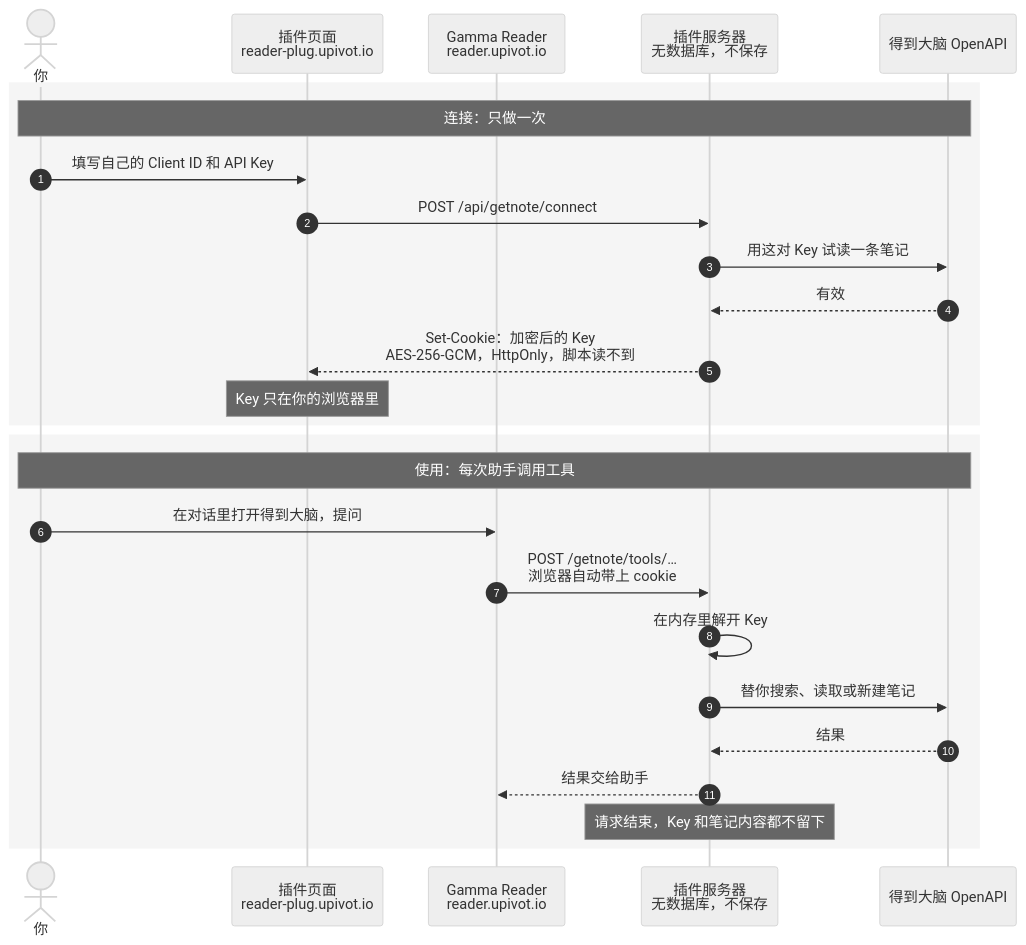
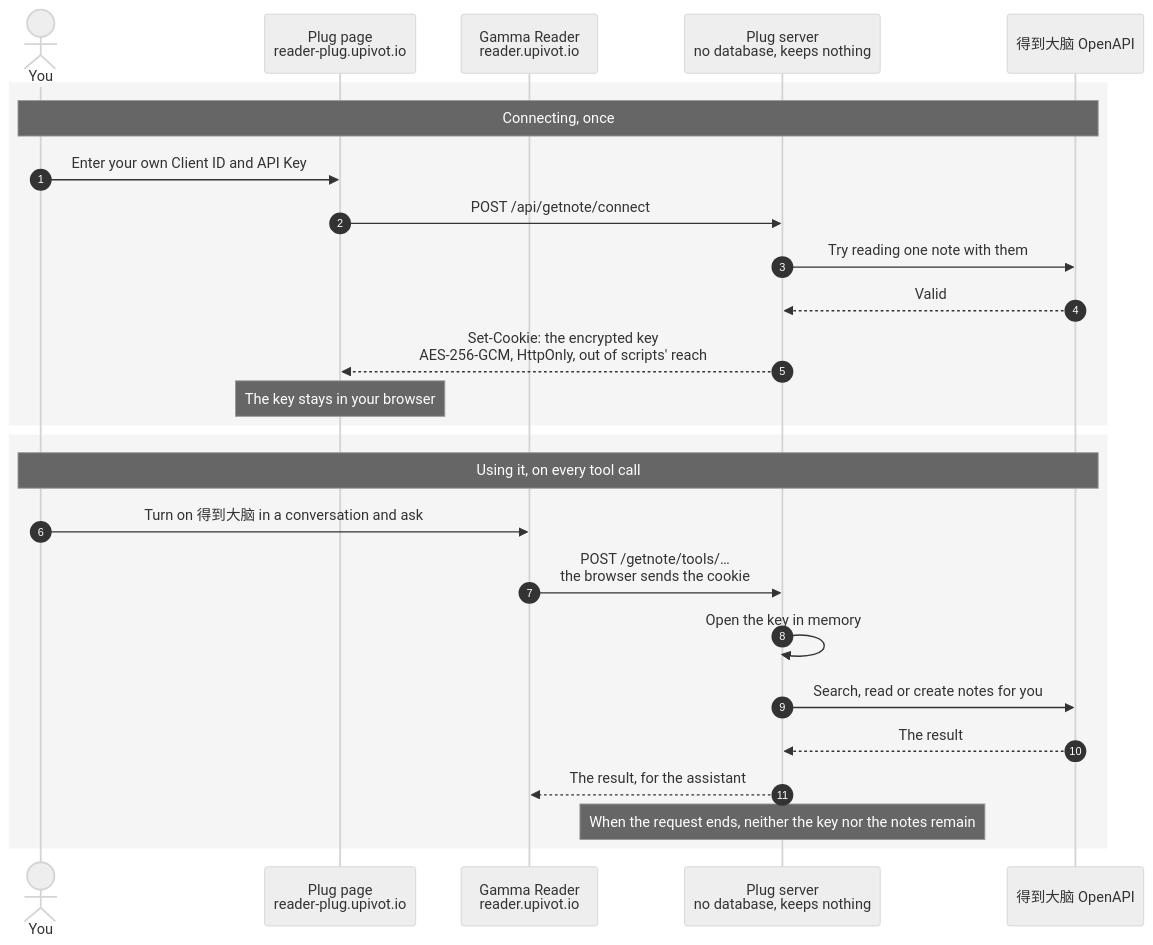
One commit to bencode/gamma-reader-plug changed the diagram in README.md. Above: the diagram before and after it, drawn with Mermaid (neutral theme). The commit also changed other lines of this file and 8 other files, not shown here.

First line of the commit message:
feat: the home page shows how plugins work and what each one gives the assistant

````diff
--- a/README.md
+++ b/README.md
@@ -14,30 +14,30 @@
 ```mermaid
 sequenceDiagram
     autonumber
-    actor You as 你
-    participant Plug as 插件页面<br/>reader-plug.upivot.io
+    actor You
+    participant Plug as Plug page<br/>reader-plug.upivot.io
     participant Reader as Gamma Reader<br/>reader.upivot.io
-    participant Server as 插件服务器<br/>无数据库，不保存
+    participant Server as Plug server<br/>no database, keeps nothing
     participant Getnote as 得到大脑 OpenAPI
 
     rect rgba(127, 127, 127, 0.08)
-    Note over You,Getnote: 连接：只做一次
-    You->>Plug: 填写自己的 Client ID 和 API Key
+    Note over You,Getnote: Connecting, once
+    You->>Plug: Enter your own Client ID and API Key
     Plug->>Server: POST /api/getnote/connect
-    Server->>Getnote: 用这对 Key 试读一条笔记
-    Getnote-->>Server: 有效
-    Server-->>Plug: Set-Cookie：加密后的 Key<br/>AES-256-GCM，HttpOnly，脚本读不到
-    Note over Plug: Key 只在你的浏览器里
+    Server->>Getnote: Try reading one note with them
+    Getnote-->>Server: Valid
+    Server-->>Plug: Set-Cookie: the encrypted key<br/>AES-256-GCM, HttpOnly, out of scripts' reach
+    Note over Plug: The key stays in your browser
     end
 
     rect rgba(127, 127, 127, 0.08)
-    Note over You,Getnote: 使用：每次助手调用工具
-    You->>Reader: 在对话里打开得到大脑，提问
-    Reader->>Server: POST /getnote/tools/…<br/>浏览器自动带上 cookie
-    Server->>Server: 在内存里解开 Key
-    Server->>Getnote: 替你搜索、读取或新建笔记
-    Getnote-->>Server: 结果
-    Server-->>Reader: 结果交给助手
-    Note over Server: 请求结束，Key 和笔记内容都不留下
+    Note over You,Getnote: Using it, on every tool call
+    You->>Reader: Turn on 得到大脑 in a conversation and ask
+    Reader->>Server: POST /getnote/tools/…<br/>the browser sends the cookie
+    Server->>Server: Open the key in memory
+    Server->>Getnote: Search, read or create notes for you
+    Getnote-->>Server: The result
+    Server-->>Reader: The result, for the assistant
+    Note over Server: When the request ends, neither the key nor the notes remain
     end
 ```
````
